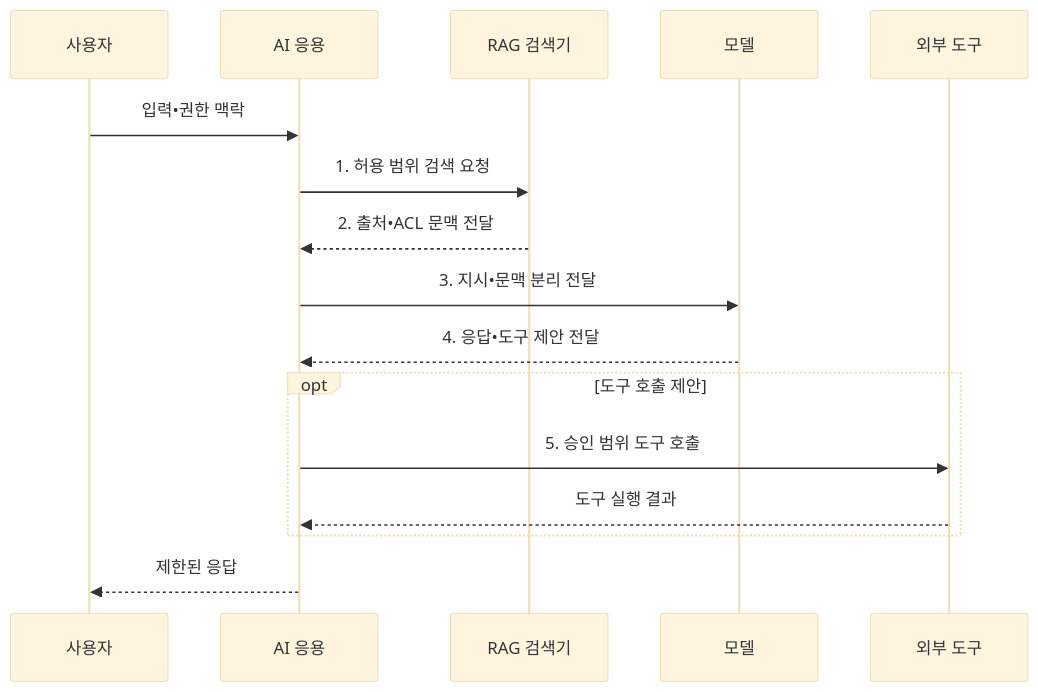
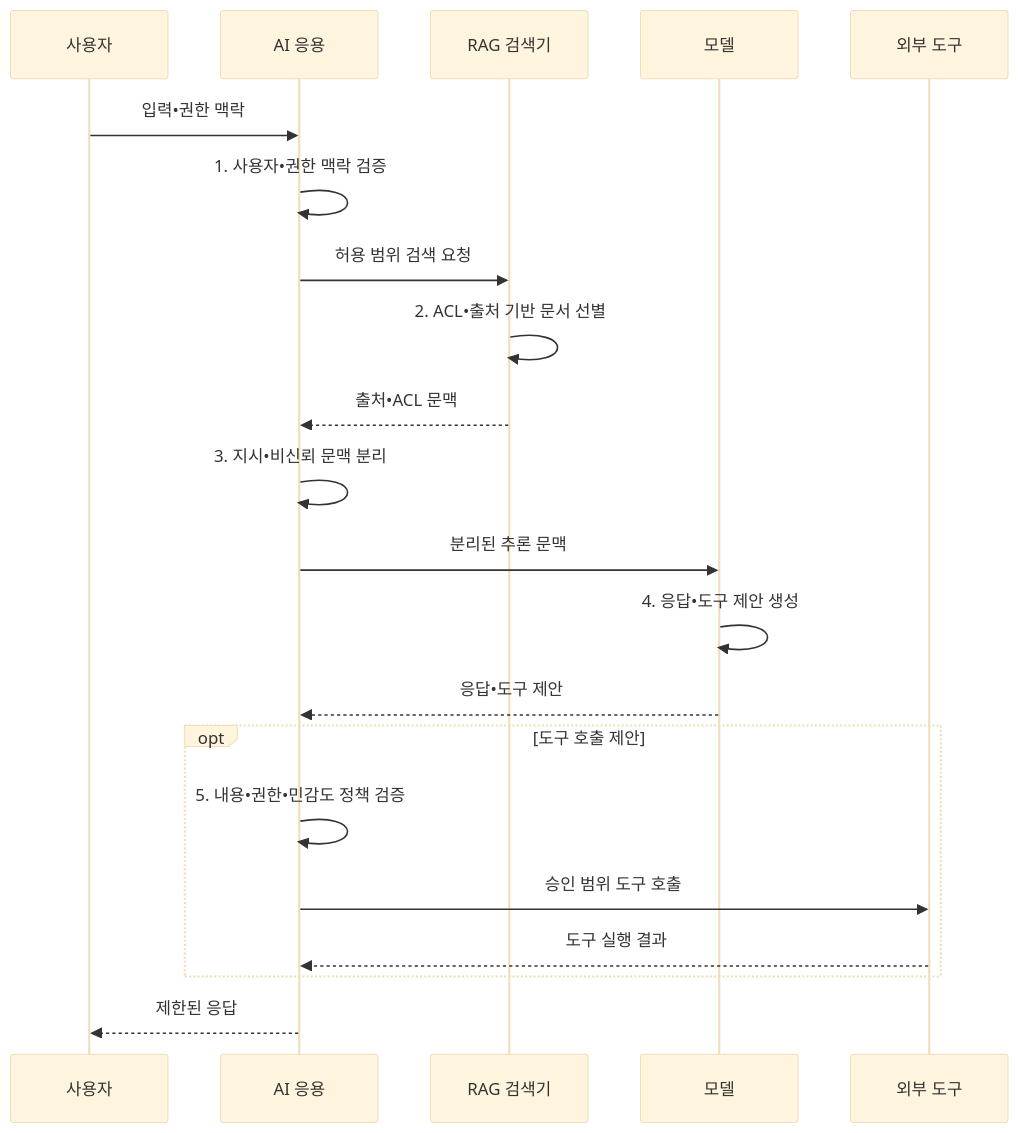
The second of 2 diagrams in src/content/docs/notes/05-security/078_ai_security_threat_landscape.md (agnusdei1207/knowledge-base), drawn with Mermaid (base theme) before and after one commit. The commit also changed other lines of this file and 20 other files, not shown here.

````diff
--- a/src/content/docs/notes/05-security/078_ai_security_threat_landscape.md
+++ b/src/content/docs/notes/05-security/078_ai_security_threat_landscape.md
@@ -106,18 +106,23 @@
 ```mermaid
 sequenceDiagram
     participant U as 사용자
     participant A as AI 응용
     participant R as RAG 검색기
     participant M as 모델
     participant T as 외부 도구
     U->>A: 입력•권한 맥락
-    A->>R: 1. 허용 범위 검색 요청
-    R-->>A: 2. 출처•ACL 문맥 전달
-    A->>M: 3. 지시•문맥 분리 전달
-    M-->>A: 4. 응답•도구 제안 전달
+    A->>A: 1. 사용자•권한 맥락 검증
+    A->>R: 허용 범위 검색 요청
+    R->>R: 2. ACL•출처 기반 문서 선별
+    R-->>A: 출처•ACL 문맥
+    A->>A: 3. 지시•비신뢰 문맥 분리
+    A->>M: 분리된 추론 문맥
+    M->>M: 4. 응답•도구 제안 생성
+    M-->>A: 응답•도구 제안
     opt 도구 호출 제안
-        A->>T: 5. 승인 범위 도구 호출
+        A->>A: 5. 내용•권한•민감도 정책 검증
+        A->>T: 승인 범위 도구 호출
         T-->>A: 도구 실행 결과
     end
     A-->>U: 제한된 응답
 ```
````
